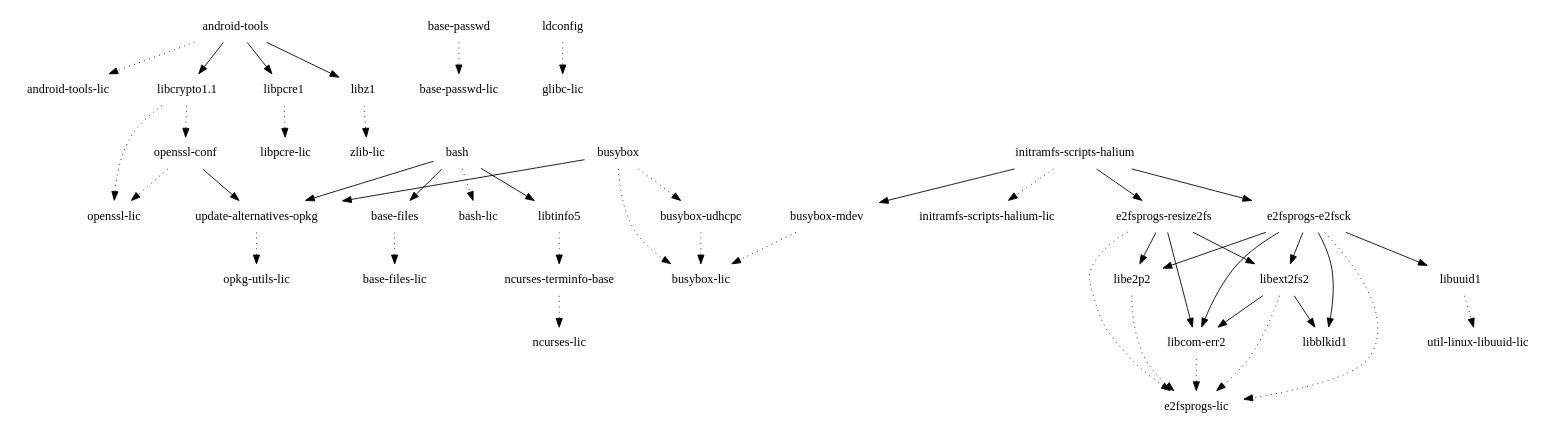
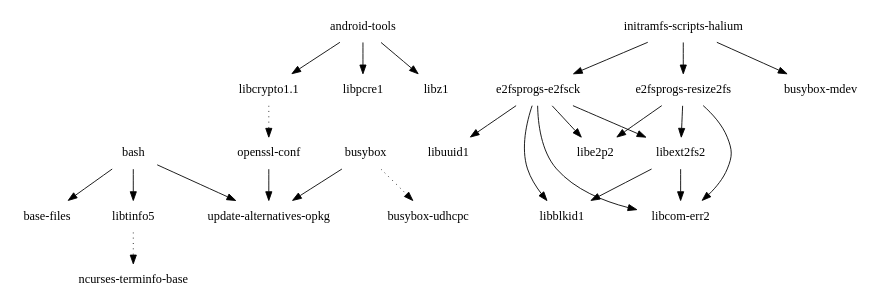
Before and after one commit to webOS-ports/buildhistory: the diagram in images/mido/glibc/initramfs-android-image/depends-nokernel-nolibc.dot, drawn with Graphviz. The commit also changed 8544 other files, not shown here.

```diff
--- a/images/mido/glibc/initramfs-android-image/depends-nokernel-nolibc.dot
+++ b/images/mido/glibc/initramfs-android-image/depends-nokernel-nolibc.dot
@@ -1,48 +1,27 @@
 digraph depends {
     node [shape=plaintext]
-"android-tools" -> "android-tools-lic" [style=dotted]
 "android-tools" -> "libcrypto1.1"
 "android-tools" -> "libpcre1"
 "android-tools" -> "libz1"
-"base-files" -> "base-files-lic" [style=dotted]
-"base-passwd" -> "base-passwd-lic" [style=dotted]
 "bash" -> "base-files"
-"bash" -> "bash-lic" [style=dotted]
 "bash" -> "libtinfo5"
 "bash" -> "update-alternatives-opkg"
-"busybox" -> "busybox-lic" [style=dotted]
 "busybox" -> "busybox-udhcpc" [style=dotted]
-"busybox-mdev" -> "busybox-lic" [style=dotted]
-"busybox-udhcpc" -> "busybox-lic" [style=dotted]
 "busybox" -> "update-alternatives-opkg"
-"e2fsprogs-e2fsck" -> "e2fsprogs-lic" [style=dotted]
 "e2fsprogs-e2fsck" -> "libblkid1"
 "e2fsprogs-e2fsck" -> "libcom-err2"
 "e2fsprogs-e2fsck" -> "libe2p2"
 "e2fsprogs-e2fsck" -> "libext2fs2"
 "e2fsprogs-e2fsck" -> "libuuid1"
-"e2fsprogs-resize2fs" -> "e2fsprogs-lic" [style=dotted]
 "e2fsprogs-resize2fs" -> "libcom-err2"
 "e2fsprogs-resize2fs" -> "libe2p2"
 "e2fsprogs-resize2fs" -> "libext2fs2"
 "initramfs-scripts-halium" -> "busybox-mdev"
 "initramfs-scripts-halium" -> "e2fsprogs-e2fsck"
 "initramfs-scripts-halium" -> "e2fsprogs-resize2fs"
-"initramfs-scripts-halium" -> "initramfs-scripts-halium-lic" [style=dotted]
-"ldconfig" -> "glibc-lic" [style=dotted]
-"libcom-err2" -> "e2fsprogs-lic" [style=dotted]
 "libcrypto1.1" -> "openssl-conf" [style=dotted]
-"libcrypto1.1" -> "openssl-lic" [style=dotted]
-"libe2p2" -> "e2fsprogs-lic" [style=dotted]
-"libext2fs2" -> "e2fsprogs-lic" [style=dotted]
 "libext2fs2" -> "libblkid1"
 "libext2fs2" -> "libcom-err2"
-"libpcre1" -> "libpcre-lic" [style=dotted]
 "libtinfo5" -> "ncurses-terminfo-base" [style=dotted]
-"libuuid1" -> "util-linux-libuuid-lic" [style=dotted]
-"libz1" -> "zlib-lic" [style=dotted]
-"ncurses-terminfo-base" -> "ncurses-lic" [style=dotted]
-"openssl-conf" -> "openssl-lic" [style=dotted]
 "openssl-conf" -> "update-alternatives-opkg"
-"update-alternatives-opkg" -> "opkg-utils-lic" [style=dotted]
 }
```
